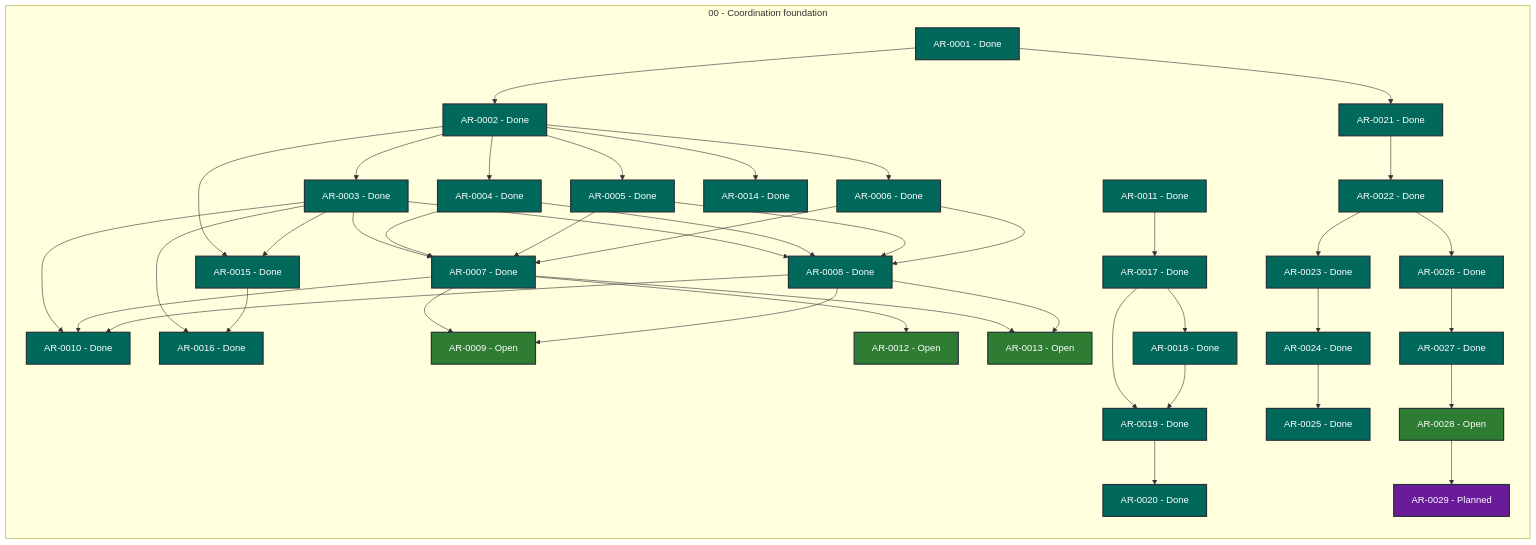
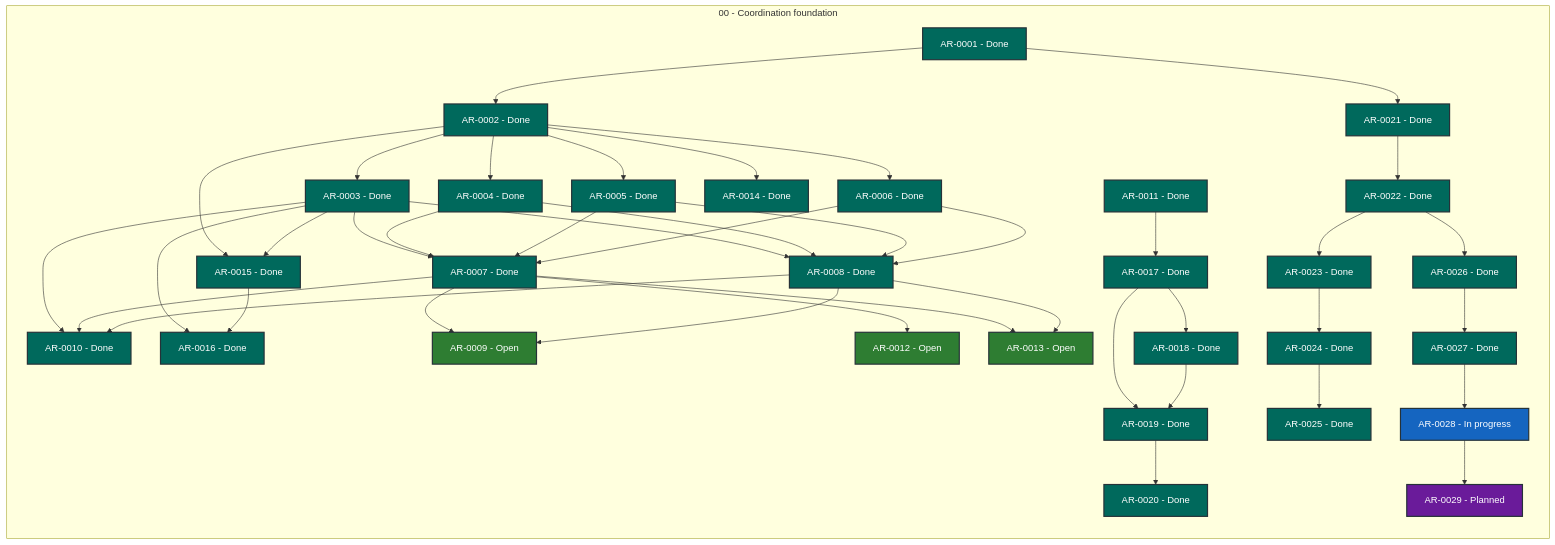
The diagram in STATUS.md (martin-beck/agent-workflow-coordinator-state), drawn with Mermaid before and after one commit. The commit also changed other lines of this file and 2 other files, not shown here.

```diff
--- a/STATUS.md
+++ b/STATUS.md
@@ -55,7 +55,7 @@
         AR_0025["AR-0025 - Done"]:::status_done
         AR_0026["AR-0026 - Done"]:::status_done
         AR_0027["AR-0027 - Done"]:::status_done
-        AR_0028["AR-0028 - Open"]:::status_open
+        AR_0028["AR-0028 - In progress"]:::status_in_progress
         AR_0029["AR-0029 - Planned"]:::status_planned
     end
     AR_0001 --> AR_0002
```
